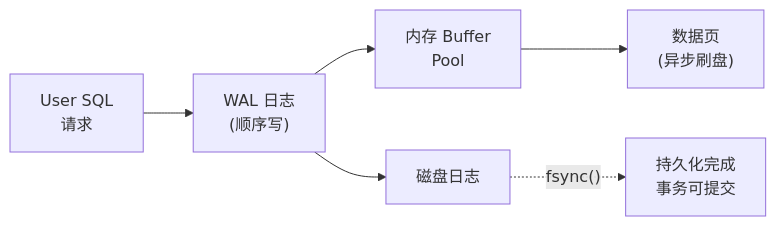
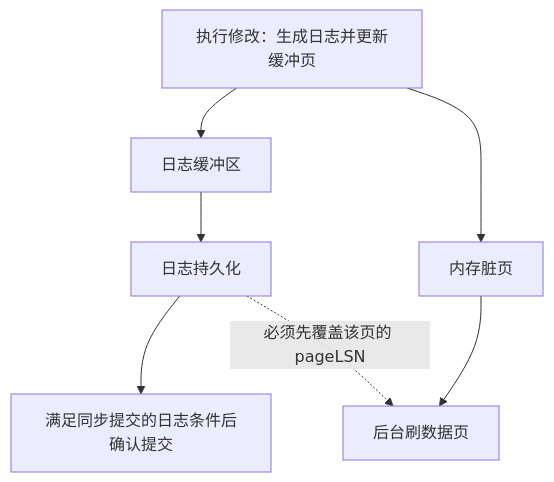
The second of 15 diagrams in 知识库/wiki/事务模型深度调研.md (BryantChang1992/ai_wikis), drawn with Mermaid before and after one commit. The commit also changed other lines of this file and 205 other files, not shown here.

Commit message:
Review knowledge evidence, deepen paper notes, and standardize Mermaid diagrams

````diff
--- a/知识库/wiki/事务模型深度调研.md
+++ b/知识库/wiki/事务模型深度调研.md
@@ -186,8 +179,9 @@
 ```mermaid
-flowchart LR
-    A["User SQL<br/>请求"] --> B["WAL 日志<br/>(顺序写)"]
-    B --> C["内存 Buffer<br/>Pool"]
-    C --> D["数据页<br/>(异步刷盘)"]
-    B --> E["磁盘日志"]
-    E -.->|"fsync()"| F["持久化完成<br/>事务可提交"]
+flowchart TB
+    A["执行修改：生成日志并更新缓冲页"] --> B["日志缓冲区"]
+    A --> C["内存脏页"]
+    B --> D["日志持久化"]
+    D --> E["满足同步提交的日志条件后确认提交"]
+    C --> F["后台刷数据页"]
+    D -.->|"必须先覆盖该页的 pageLSN"| F
 ```
````
